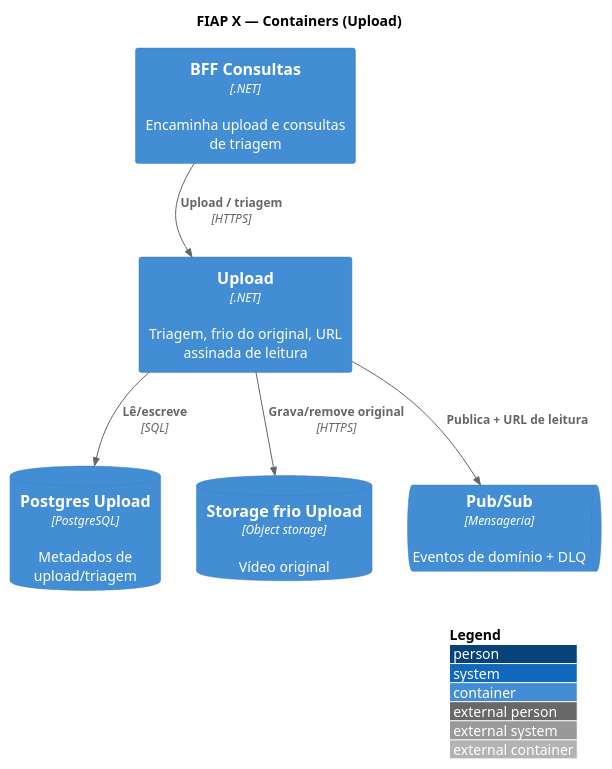
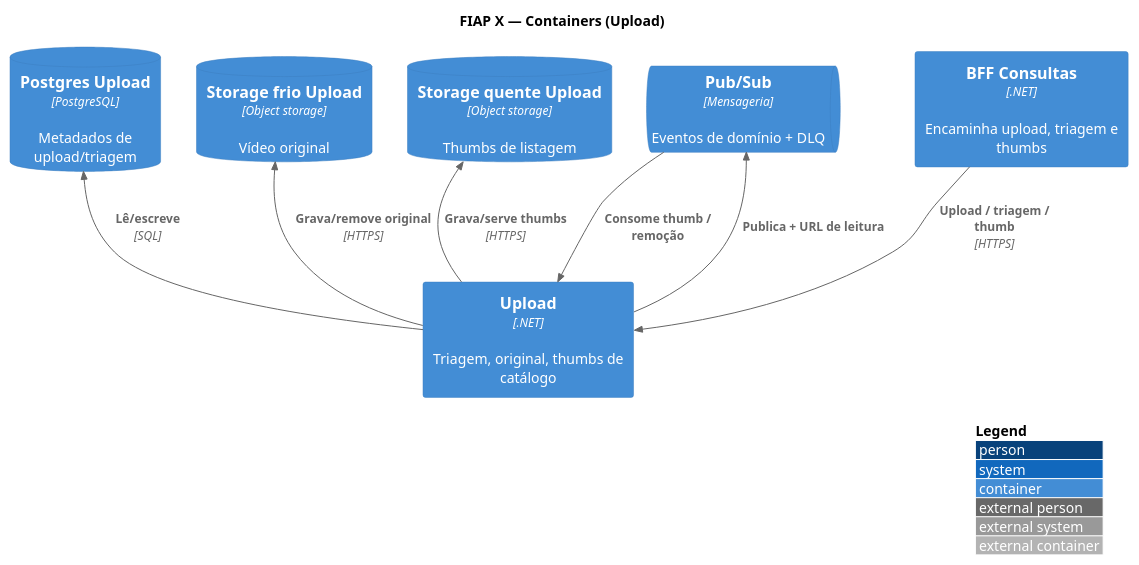
Before and after one commit to fiap-x-vcosta/docs: the diagram in arquitetura/03_containers-upload.puml, drawn with PlantUML. The commit also changed 13 other files, not shown here.

First line of the commit message:
docs: thumbs no Upload, cancel via Pub/Sub e BFF enxuto

```diff
--- a/arquitetura/03_containers-upload.puml
+++ b/arquitetura/03_containers-upload.puml
@@ -1,25 +1,29 @@
 @startuml 03_containers-upload
 !include https://raw.githubusercontent.com/plantuml-stdlib/C4-PlantUML/master/C4_Container.puml
 
 LAYOUT_WITH_LEGEND()
 LAYOUT_TOP_DOWN()
 
 title FIAP X — Containers (Upload)
 
-Container(bff, "BFF Consultas", ".NET", "Encaminha upload e consultas de triagem")
-Container(upload, "Upload", ".NET", "Triagem, frio do original, URL assinada de leitura")
+Container(bff, "BFF Consultas", ".NET", "Encaminha upload, triagem e thumbs")
+Container(upload, "Upload", ".NET", "Triagem, original, thumbs de catálogo")
 ContainerDb(pgUpload, "Postgres Upload", "PostgreSQL", "Metadados de upload/triagem")
 ContainerDb(frioUp, "Storage frio Upload", "Object storage", "Vídeo original")
+ContainerDb(quente, "Storage quente Upload", "Object storage", "Thumbs de listagem")
 ContainerQueue(pubsub, "Pub/Sub", "Mensageria", "Eventos de domínio + DLQ")
 
-Rel(bff, upload, "Upload / triagem", "HTTPS")
+Rel(bff, upload, "Upload / triagem / thumb", "HTTPS")
 Rel(upload, pgUpload, "Lê/escreve", "SQL")
 Rel(upload, frioUp, "Grava/remove original", "HTTPS")
+Rel(upload, quente, "Grava/serve thumbs", "HTTPS")
 Rel(upload, pubsub, "Publica + URL de leitura")
+Rel(pubsub, upload, "Consome thumb / remoção")
 
 Lay_D(bff, upload)
 Lay_D(upload, pgUpload)
 Lay_R(pgUpload, frioUp)
-Lay_R(frioUp, pubsub)
+Lay_R(frioUp, quente)
+Lay_R(quente, pubsub)
 
 @enduml
```
